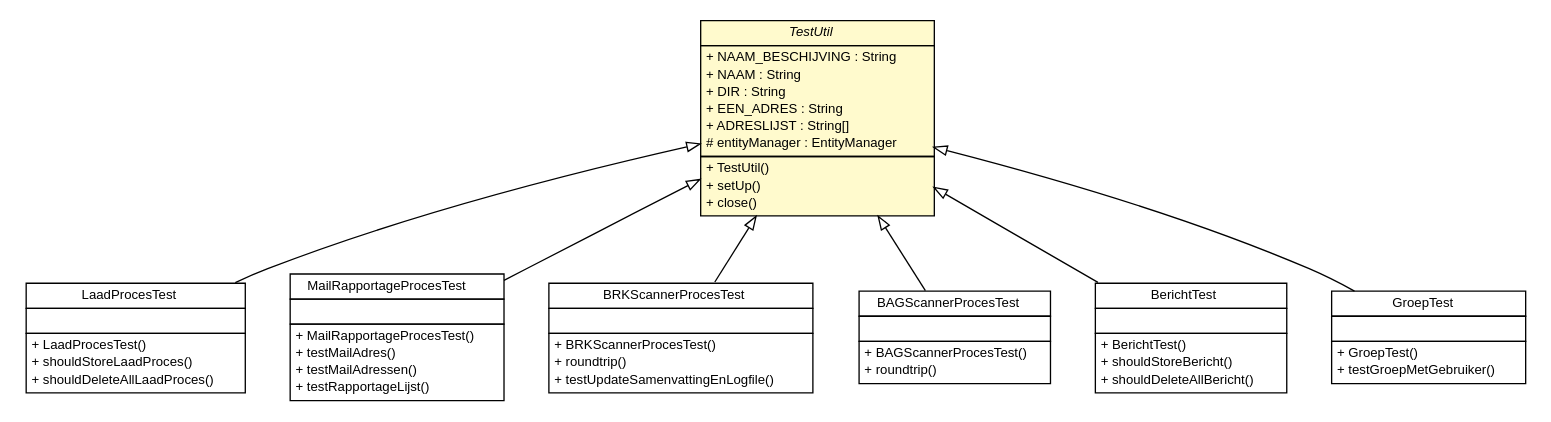
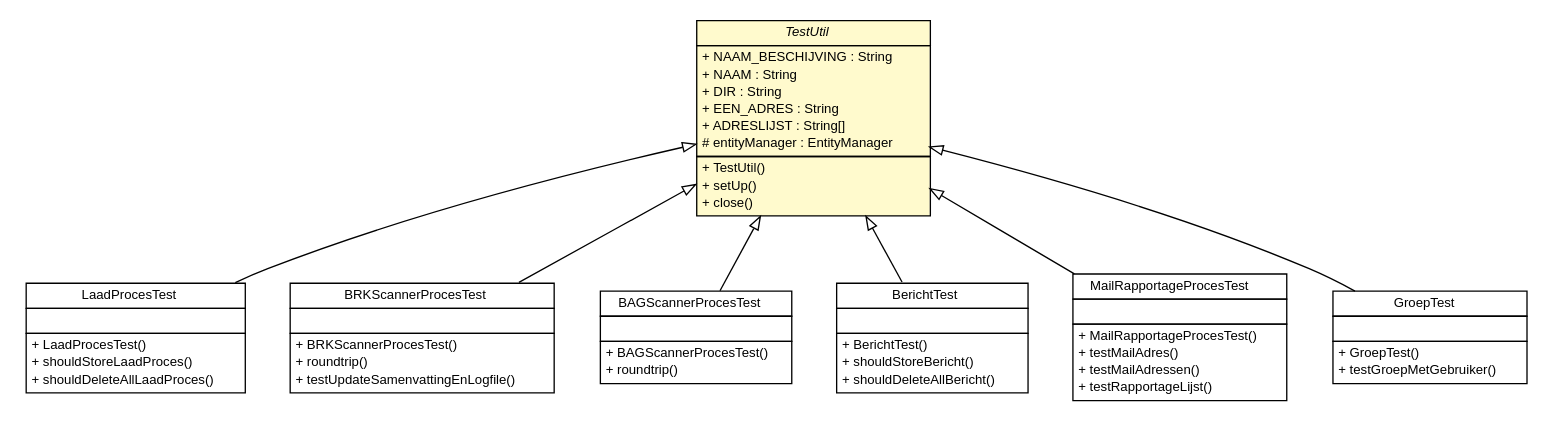
Before and after one commit to B3Partners/brmo: the diagram in brmo-persistence/testapidocs/nl/b3p/brmo/persistence/TestUtil.dot, drawn with Graphviz. The commit also changed 184 other files, not shown here.

```diff
--- a/brmo-persistence/testapidocs/nl/b3p/brmo/persistence/TestUtil.dot
+++ b/brmo-persistence/testapidocs/nl/b3p/brmo/persistence/TestUtil.dot
@@ -1,126 +1,126 @@
 #!/usr/local/bin/dot
 #
 # Class diagram 
 # Generated by UMLGraph version R5_6-24-gf6e263 (http://www.umlgraph.org/)
 #
 
 digraph G {
 	edge [fontname="Helvetica",fontsize=10,labelfontname="Helvetica",labelfontsize=10];
 	node [fontname="Helvetica",fontsize=10,shape=plaintext];
 	nodesep=0.25;
 	ranksep=0.5;
 	// nl.b3p.brmo.persistence.staging.LaadProcesTest
 	c71 [label=<<table title="nl.b3p.brmo.persistence.staging.LaadProcesTest" border="0" cellborder="1" cellspacing="0" cellpadding="2" port="p" href="./staging/LaadProcesTest.html">
 		<tr><td><table border="0" cellspacing="0" cellpadding="1">
 <tr><td align="center" balign="center"> LaadProcesTest </td></tr>
 		</table></td></tr>
 		<tr><td><table border="0" cellspacing="0" cellpadding="1">
 <tr><td align="left" balign="left">  </td></tr>
 		</table></td></tr>
 		<tr><td><table border="0" cellspacing="0" cellpadding="1">
 <tr><td align="left" balign="left"> + LaadProcesTest() </td></tr>
 <tr><td align="left" balign="left"> + shouldStoreLaadProces() </td></tr>
 <tr><td align="left" balign="left"> + shouldDeleteAllLaadProces() </td></tr>
 		</table></td></tr>
 		</table>>, URL="./staging/LaadProcesTest.html", fontname="Helvetica", fontcolor="black", fontsize=10.0];
+	// nl.b3p.brmo.persistence.staging.BRKScannerProcesTest
+	c72 [label=<<table title="nl.b3p.brmo.persistence.staging.BRKScannerProcesTest" border="0" cellborder="1" cellspacing="0" cellpadding="2" port="p" href="./staging/BRKScannerProcesTest.html">
+		<tr><td><table border="0" cellspacing="0" cellpadding="1">
+<tr><td align="center" balign="center"> BRKScannerProcesTest </td></tr>
+		</table></td></tr>
+		<tr><td><table border="0" cellspacing="0" cellpadding="1">
+<tr><td align="left" balign="left">  </td></tr>
+		</table></td></tr>
+		<tr><td><table border="0" cellspacing="0" cellpadding="1">
+<tr><td align="left" balign="left"> + BRKScannerProcesTest() </td></tr>
+<tr><td align="left" balign="left"> + roundtrip() </td></tr>
+<tr><td align="left" balign="left"> + testUpdateSamenvattingEnLogfile() </td></tr>
+		</table></td></tr>
+		</table>>, URL="./staging/BRKScannerProcesTest.html", fontname="Helvetica", fontcolor="black", fontsize=10.0];
+	// nl.b3p.brmo.persistence.staging.BAGScannerProcesTest
+	c73 [label=<<table title="nl.b3p.brmo.persistence.staging.BAGScannerProcesTest" border="0" cellborder="1" cellspacing="0" cellpadding="2" port="p" href="./staging/BAGScannerProcesTest.html">
+		<tr><td><table border="0" cellspacing="0" cellpadding="1">
+<tr><td align="center" balign="center"> BAGScannerProcesTest </td></tr>
+		</table></td></tr>
+		<tr><td><table border="0" cellspacing="0" cellpadding="1">
+<tr><td align="left" balign="left">  </td></tr>
+		</table></td></tr>
+		<tr><td><table border="0" cellspacing="0" cellpadding="1">
+<tr><td align="left" balign="left"> + BAGScannerProcesTest() </td></tr>
+<tr><td align="left" balign="left"> + roundtrip() </td></tr>
+		</table></td></tr>
+		</table>>, URL="./staging/BAGScannerProcesTest.html", fontname="Helvetica", fontcolor="black", fontsize=10.0];
+	// nl.b3p.brmo.persistence.staging.BerichtTest
+	c74 [label=<<table title="nl.b3p.brmo.persistence.staging.BerichtTest" border="0" cellborder="1" cellspacing="0" cellpadding="2" port="p" href="./staging/BerichtTest.html">
+		<tr><td><table border="0" cellspacing="0" cellpadding="1">
+<tr><td align="center" balign="center"> BerichtTest </td></tr>
+		</table></td></tr>
+		<tr><td><table border="0" cellspacing="0" cellpadding="1">
+<tr><td align="left" balign="left">  </td></tr>
+		</table></td></tr>
+		<tr><td><table border="0" cellspacing="0" cellpadding="1">
+<tr><td align="left" balign="left"> + BerichtTest() </td></tr>
+<tr><td align="left" balign="left"> + shouldStoreBericht() </td></tr>
+<tr><td align="left" balign="left"> + shouldDeleteAllBericht() </td></tr>
+		</table></td></tr>
+		</table>>, URL="./staging/BerichtTest.html", fontname="Helvetica", fontcolor="black", fontsize=10.0];
 	// nl.b3p.brmo.persistence.staging.MailRapportageProcesTest
-	c72 [label=<<table title="nl.b3p.brmo.persistence.staging.MailRapportageProcesTest" border="0" cellborder="1" cellspacing="0" cellpadding="2" port="p" href="./staging/MailRapportageProcesTest.html">
+	c75 [label=<<table title="nl.b3p.brmo.persistence.staging.MailRapportageProcesTest" border="0" cellborder="1" cellspacing="0" cellpadding="2" port="p" href="./staging/MailRapportageProcesTest.html">
 		<tr><td><table border="0" cellspacing="0" cellpadding="1">
 <tr><td align="center" balign="center"> MailRapportageProcesTest </td></tr>
 		</table></td></tr>
 		<tr><td><table border="0" cellspacing="0" cellpadding="1">
 <tr><td align="left" balign="left">  </td></tr>
 		</table></td></tr>
 		<tr><td><table border="0" cellspacing="0" cellpadding="1">
 <tr><td align="left" balign="left"> + MailRapportageProcesTest() </td></tr>
 <tr><td align="left" balign="left"> + testMailAdres() </td></tr>
 <tr><td align="left" balign="left"> + testMailAdressen() </td></tr>
 <tr><td align="left" balign="left"> + testRapportageLijst() </td></tr>
 		</table></td></tr>
 		</table>>, URL="./staging/MailRapportageProcesTest.html", fontname="Helvetica", fontcolor="black", fontsize=10.0];
-	// nl.b3p.brmo.persistence.staging.BRKScannerProcesTest
-	c73 [label=<<table title="nl.b3p.brmo.persistence.staging.BRKScannerProcesTest" border="0" cellborder="1" cellspacing="0" cellpadding="2" port="p" href="./staging/BRKScannerProcesTest.html">
-		<tr><td><table border="0" cellspacing="0" cellpadding="1">
-<tr><td align="center" balign="center"> BRKScannerProcesTest </td></tr>
-		</table></td></tr>
-		<tr><td><table border="0" cellspacing="0" cellpadding="1">
-<tr><td align="left" balign="left">  </td></tr>
-		</table></td></tr>
-		<tr><td><table border="0" cellspacing="0" cellpadding="1">
-<tr><td align="left" balign="left"> + BRKScannerProcesTest() </td></tr>
-<tr><td align="left" balign="left"> + roundtrip() </td></tr>
-<tr><td align="left" balign="left"> + testUpdateSamenvattingEnLogfile() </td></tr>
-		</table></td></tr>
-		</table>>, URL="./staging/BRKScannerProcesTest.html", fontname="Helvetica", fontcolor="black", fontsize=10.0];
-	// nl.b3p.brmo.persistence.staging.BAGScannerProcesTest
-	c74 [label=<<table title="nl.b3p.brmo.persistence.staging.BAGScannerProcesTest" border="0" cellborder="1" cellspacing="0" cellpadding="2" port="p" href="./staging/BAGScannerProcesTest.html">
-		<tr><td><table border="0" cellspacing="0" cellpadding="1">
-<tr><td align="center" balign="center"> BAGScannerProcesTest </td></tr>
-		</table></td></tr>
-		<tr><td><table border="0" cellspacing="0" cellpadding="1">
-<tr><td align="left" balign="left">  </td></tr>
-		</table></td></tr>
-		<tr><td><table border="0" cellspacing="0" cellpadding="1">
-<tr><td align="left" balign="left"> + BAGScannerProcesTest() </td></tr>
-<tr><td align="left" balign="left"> + roundtrip() </td></tr>
-		</table></td></tr>
-		</table>>, URL="./staging/BAGScannerProcesTest.html", fontname="Helvetica", fontcolor="black", fontsize=10.0];
-	// nl.b3p.brmo.persistence.staging.BerichtTest
-	c75 [label=<<table title="nl.b3p.brmo.persistence.staging.BerichtTest" border="0" cellborder="1" cellspacing="0" cellpadding="2" port="p" href="./staging/BerichtTest.html">
-		<tr><td><table border="0" cellspacing="0" cellpadding="1">
-<tr><td align="center" balign="center"> BerichtTest </td></tr>
-		</table></td></tr>
-		<tr><td><table border="0" cellspacing="0" cellpadding="1">
-<tr><td align="left" balign="left">  </td></tr>
-		</table></td></tr>
-		<tr><td><table border="0" cellspacing="0" cellpadding="1">
-<tr><td align="left" balign="left"> + BerichtTest() </td></tr>
-<tr><td align="left" balign="left"> + shouldStoreBericht() </td></tr>
-<tr><td align="left" balign="left"> + shouldDeleteAllBericht() </td></tr>
-		</table></td></tr>
-		</table>>, URL="./staging/BerichtTest.html", fontname="Helvetica", fontcolor="black", fontsize=10.0];
 	// nl.b3p.brmo.persistence.TestUtil
 	c76 [label=<<table title="nl.b3p.brmo.persistence.TestUtil" border="0" cellborder="1" cellspacing="0" cellpadding="2" port="p" bgcolor="lemonChiffon" href="./TestUtil.html">
 		<tr><td><table border="0" cellspacing="0" cellpadding="1">
 <tr><td align="center" balign="center"><font face="Helvetica-Oblique"> TestUtil </font></td></tr>
 		</table></td></tr>
 		<tr><td><table border="0" cellspacing="0" cellpadding="1">
 <tr><td align="left" balign="left"> + NAAM_BESCHIJVING : String </td></tr>
 <tr><td align="left" balign="left"> + NAAM : String </td></tr>
 <tr><td align="left" balign="left"> + DIR : String </td></tr>
 <tr><td align="left" balign="left"> + EEN_ADRES : String </td></tr>
 <tr><td align="left" balign="left"> + ADRESLIJST : String[] </td></tr>
 <tr><td align="left" balign="left"> # entityManager : EntityManager </td></tr>
 		</table></td></tr>
 		<tr><td><table border="0" cellspacing="0" cellpadding="1">
 <tr><td align="left" balign="left"> + TestUtil() </td></tr>
 <tr><td align="left" balign="left"> + setUp() </td></tr>
 <tr><td align="left" balign="left"> + close() </td></tr>
 		</table></td></tr>
 		</table>>, URL="./TestUtil.html", fontname="Helvetica", fontcolor="black", fontsize=10.0];
 	// nl.b3p.brmo.persistence.auth.GroepTest
 	c77 [label=<<table title="nl.b3p.brmo.persistence.auth.GroepTest" border="0" cellborder="1" cellspacing="0" cellpadding="2" port="p" href="./auth/GroepTest.html">
 		<tr><td><table border="0" cellspacing="0" cellpadding="1">
 <tr><td align="center" balign="center"> GroepTest </td></tr>
 		</table></td></tr>
 		<tr><td><table border="0" cellspacing="0" cellpadding="1">
 <tr><td align="left" balign="left">  </td></tr>
 		</table></td></tr>
 		<tr><td><table border="0" cellspacing="0" cellpadding="1">
 <tr><td align="left" balign="left"> + GroepTest() </td></tr>
 <tr><td align="left" balign="left"> + testGroepMetGebruiker() </td></tr>
 		</table></td></tr>
 		</table>>, URL="./auth/GroepTest.html", fontname="Helvetica", fontcolor="black", fontsize=10.0];
 	//nl.b3p.brmo.persistence.staging.LaadProcesTest extends nl.b3p.brmo.persistence.TestUtil
 	c76:p -> c71:p [dir=back,arrowtail=empty];
+	//nl.b3p.brmo.persistence.staging.BRKScannerProcesTest extends nl.b3p.brmo.persistence.TestUtil
+	c76:p -> c72:p [dir=back,arrowtail=empty];
+	//nl.b3p.brmo.persistence.staging.BAGScannerProcesTest extends nl.b3p.brmo.persistence.TestUtil
+	c76:p -> c73:p [dir=back,arrowtail=empty];
+	//nl.b3p.brmo.persistence.staging.BerichtTest extends nl.b3p.brmo.persistence.TestUtil
+	c76:p -> c74:p [dir=back,arrowtail=empty];
 	//nl.b3p.brmo.persistence.staging.MailRapportageProcesTest extends nl.b3p.brmo.persistence.TestUtil
-	c76:p -> c72:p [dir=back,arrowtail=empty];
-	//nl.b3p.brmo.persistence.staging.BRKScannerProcesTest extends nl.b3p.brmo.persistence.TestUtil
-	c76:p -> c73:p [dir=back,arrowtail=empty];
-	//nl.b3p.brmo.persistence.staging.BAGScannerProcesTest extends nl.b3p.brmo.persistence.TestUtil
-	c76:p -> c74:p [dir=back,arrowtail=empty];
-	//nl.b3p.brmo.persistence.staging.BerichtTest extends nl.b3p.brmo.persistence.TestUtil
 	c76:p -> c75:p [dir=back,arrowtail=empty];
 	//nl.b3p.brmo.persistence.auth.GroepTest extends nl.b3p.brmo.persistence.TestUtil
 	c76:p -> c77:p [dir=back,arrowtail=empty];
 }
```
